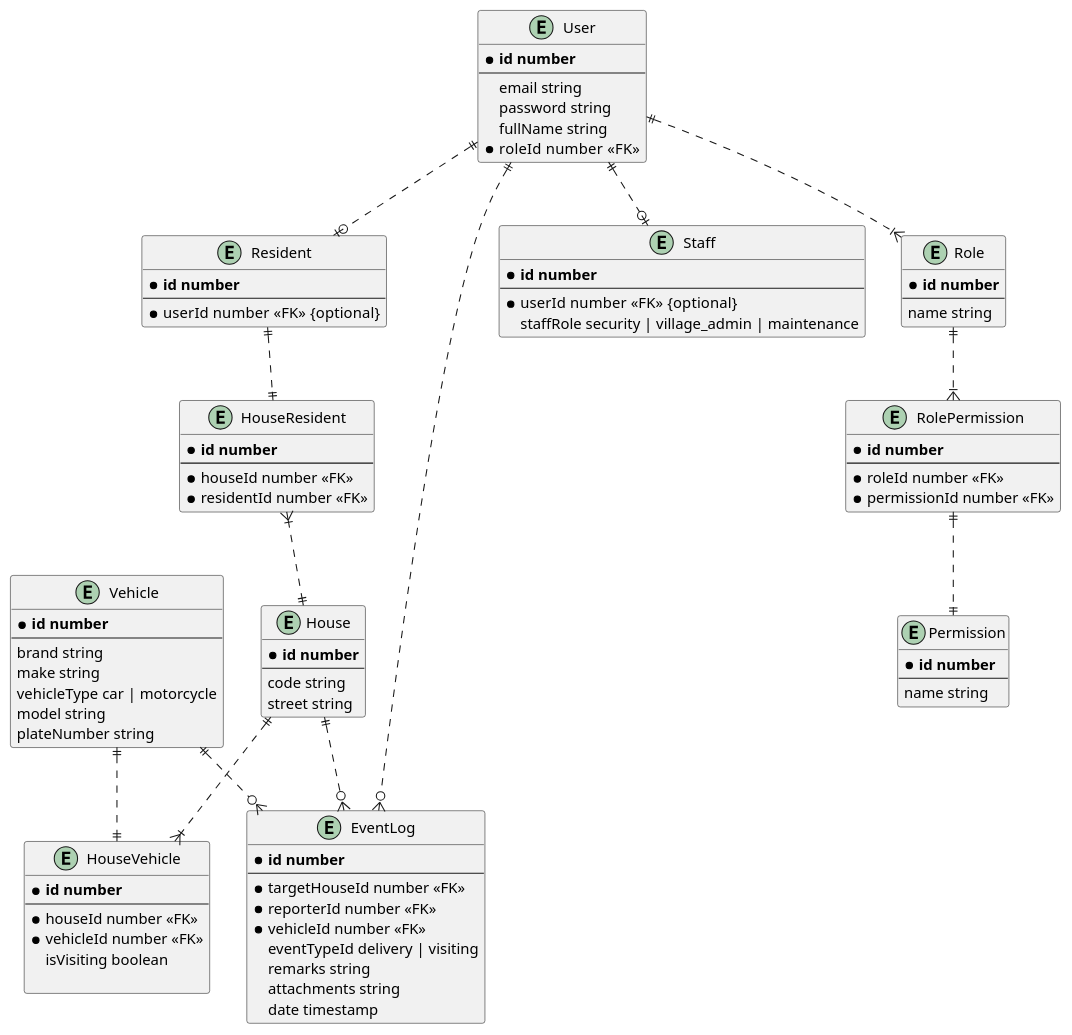
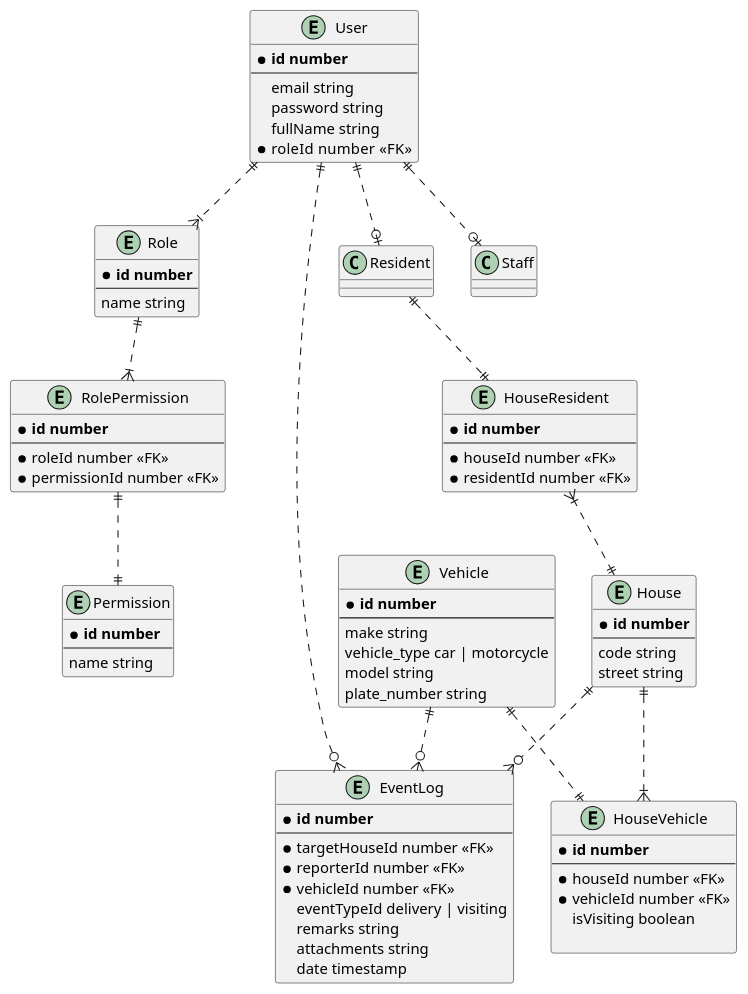
The diagram in docs/erd.pu (jojonarte/eteeap_main), drawn with PlantUML before and after one commit.

Commit message:
chore: updated UML

```diff
--- a/docs/erd.pu
+++ b/docs/erd.pu
@@ -1,103 +1,89 @@
 @startuml ERD
 entity User {
   * **id number**
   --
   email string
   password string
   fullName string
   * roleId number  <<FK>>
 }
 
 entity Vehicle {
   * **id number**
   --
-  brand string
   make string
-  vehicleType car | motorcycle
+  vehicle_type car | motorcycle
   model string
-  plateNumber string
-}
-
-entity Resident {
-  * **id number**
-  --
-  * userId number  <<FK>> {optional}
-}
-
-entity Staff {
-  * **id number**
-  --
-  * userId number  <<FK>> {optional}
-  staffRole security | village_admin | maintenance
+  plate_number string
 }
 
 entity HouseResident {
   * **id number**
   --
   * houseId number <<FK>>
   * residentId number <<FK>>
 }
 
 entity HouseVehicle {
   * **id number**
   --
   * houseId number <<FK>>
   * vehicleId number <<FK>>
   isVisiting boolean
 
 }
 
 entity House {
   * **id number**
   --
   code string
   street string
 }
 
 entity Role {
   * **id number**
   --
   name string
 }
 
 entity Permission {
   * **id number**
   --
   name string
 }
 
 entity RolePermission {
   * **id number**
   --
   * roleId number <<FK>>
   * permissionId number <<FK>>
 }
 
 entity EventLog {
   * **id number**
   --
   * targetHouseId number <<FK>>
   * reporterId number <<FK>>
   * vehicleId number <<FK>>
   eventTypeId delivery | visiting
   remarks string
   attachments string
   date timestamp
 }
 
 
 Resident ||..|| HouseResident
 Vehicle ||..|| HouseVehicle
 House ||..|{ HouseVehicle
 User ||..o| Resident
 User ||..o| Staff
 User ||..|{ Role
 Role ||..|{ RolePermission
 RolePermission ||..|| Permission
 HouseResident }|..|| House
 House ||..o{ EventLog
 User ||..o{ EventLog
 Vehicle ||..o{ EventLog
 
 
 @enduml
```
